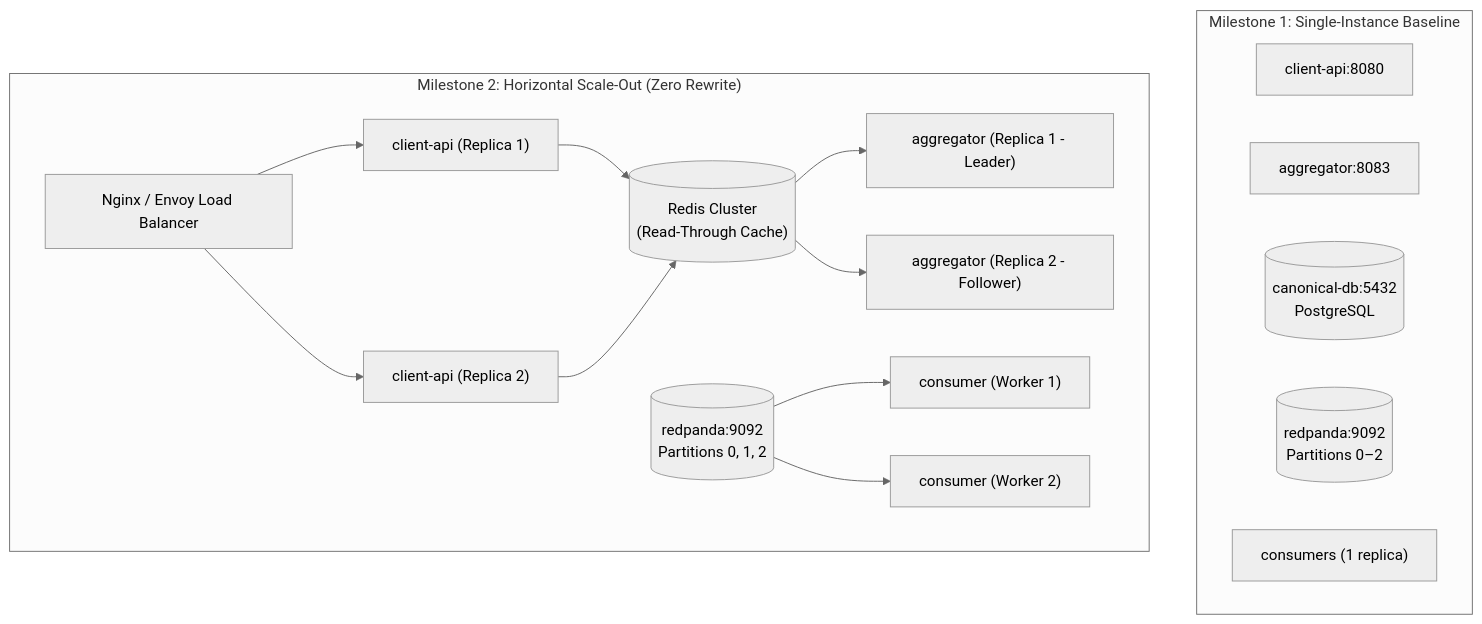
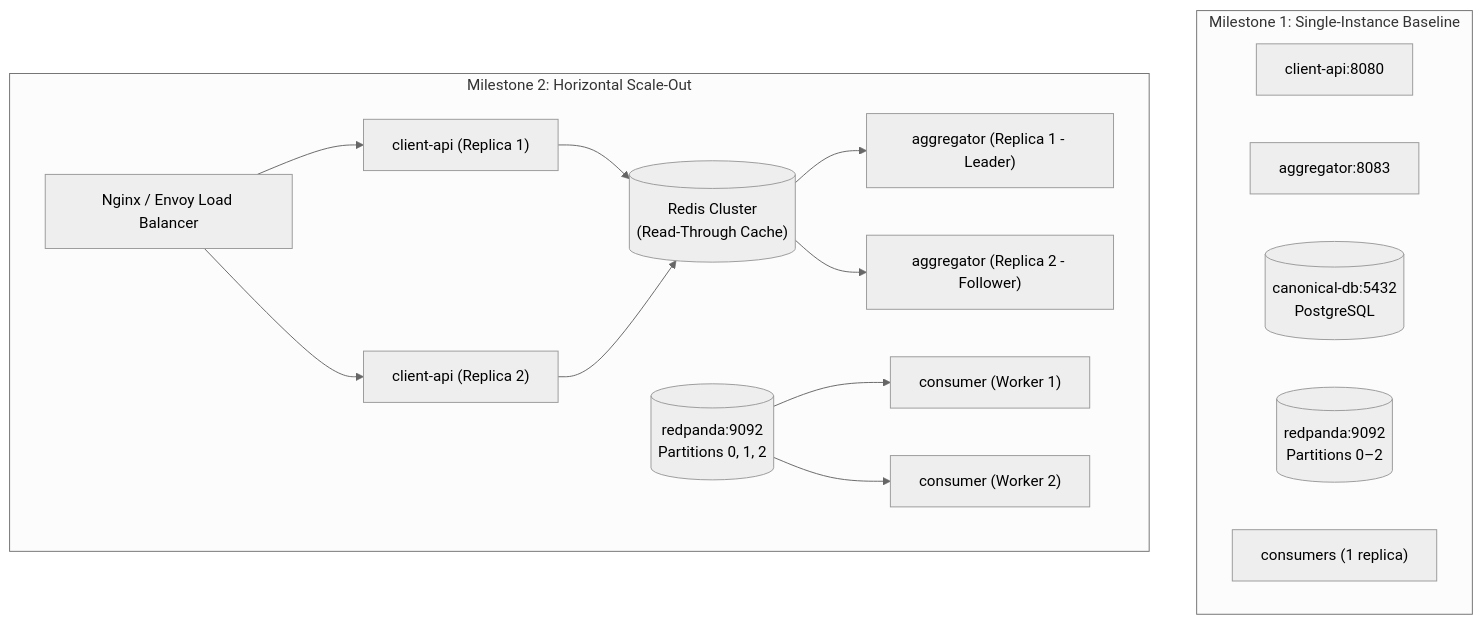
The first of 2 diagrams in docs/adr/005-stateless-architecture-and-m2-readiness.md (Darsua/AAT), drawn with Mermaid (neutral theme) before and after one commit. The commit also changed other lines of this file and 27 other files, not shown here.

````diff
--- a/docs/adr/005-stateless-architecture-and-m2-readiness.md
+++ b/docs/adr/005-stateless-architecture-and-m2-readiness.md
@@ -19,27 +19,27 @@
 ```mermaid
 flowchart TD
     subgraph M1Baseline["Milestone 1: Single-Instance Baseline"]
         C1["client-api:8080"]
         A1["aggregator:8083"]
         DB1[("canonical-db:5432\nPostgreSQL")]
         RP1[("redpanda:9092\nPartitions 0–2")]
         CG1["consumers (1 replica)"]
     end
 
-    subgraph M2Evolution["Milestone 2: Horizontal Scale-Out (Zero Rewrite)"]
+    subgraph M2Evolution["Milestone 2: Horizontal Scale-Out"]
         LB["Nginx / Envoy Load Balancer"]
         C_N1["client-api (Replica 1)"]
         C_N2["client-api (Replica 2)"]
         Redis[("Redis Cluster\n(Read-Through Cache)")]
         A_N1["aggregator (Replica 1 - Leader)"]
         A_N2["aggregator (Replica 2 - Follower)"]
         RP_N[("redpanda:9092\nPartitions 0, 1, 2")]
         CG_N1["consumer (Worker 1)"]
         CG_N2["consumer (Worker 2)"]
     end
 
     LB --> C_N1 & C_N2
     C_N1 & C_N2 --> Redis
     Redis --> A_N1 & A_N2
     RP_N --> CG_N1 & CG_N2
 ```
````
